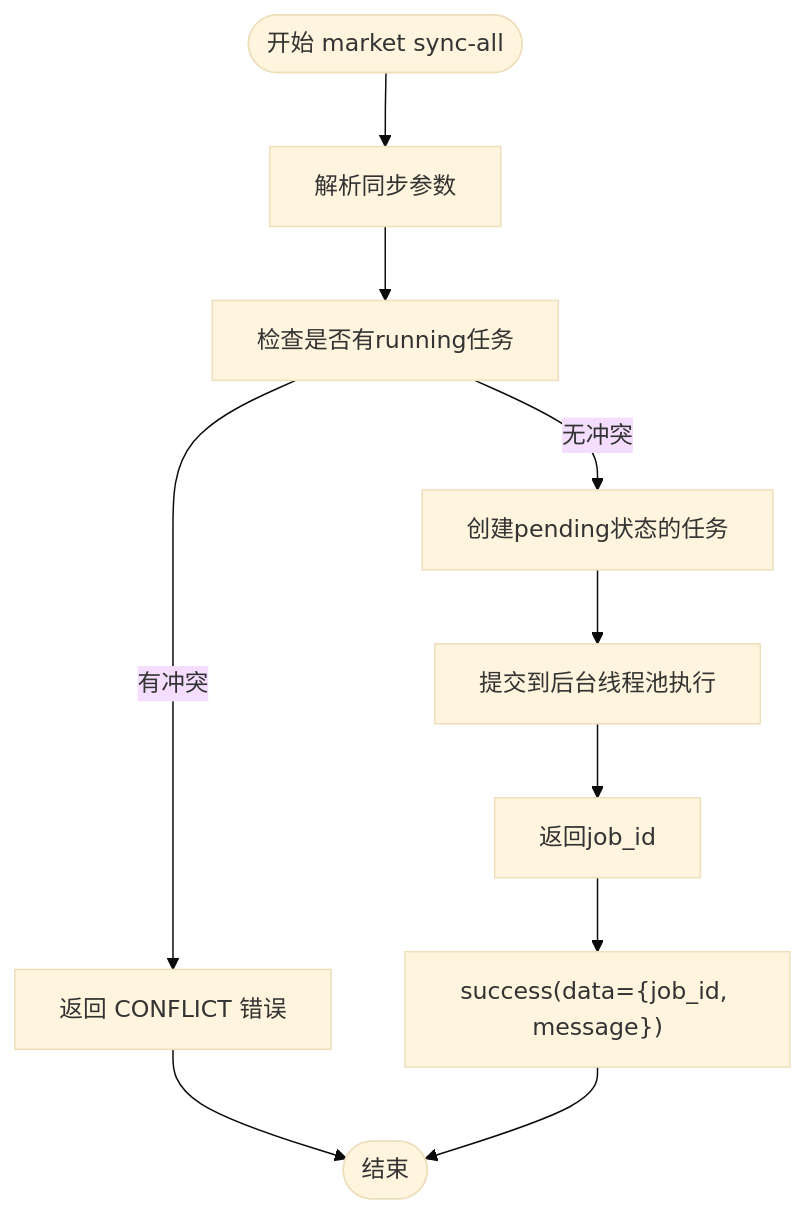
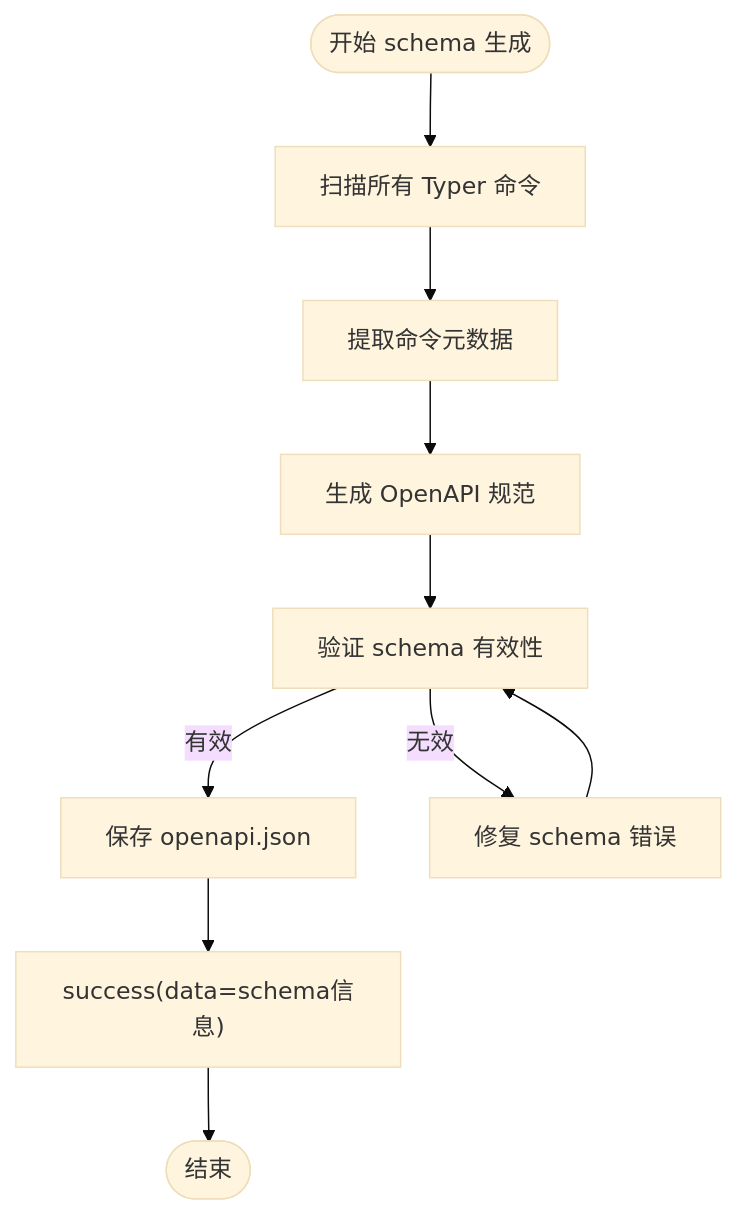
One commit to gujialind/InvestRing changed the third of 5 diagrams in .qoder/repowiki/zh/content/开发指南/InvestRing Admin CLI 工具.md. Above: the diagram before and after it, drawn with Mermaid (base theme). The commit also changed other lines of this file and 8 other files, not shown here.

````diff
--- a/.qoder/repowiki/zh/content/开发指南/InvestRing Admin CLI 工具.md
+++ b/.qoder/repowiki/zh/content/开发指南/InvestRing Admin CLI 工具.md
@@ -501,12 +174,12 @@
 ```mermaid
 flowchart TD
-Start(["开始 market sync-all"]) --> ParseParams["解析同步参数"]
-ParseParams --> CheckConflict["检查是否有running任务"]
-CheckConflict --> |有冲突| Conflict["返回 CONFLICT 错误"]
-CheckConflict --> |无冲突| CreateJob["创建pending状态的任务"]
-CreateJob --> SubmitTask["提交到后台线程池执行"]
-SubmitTask --> ReturnJobId["返回job_id"]
-ReturnJobId --> Success["success(data={job_id, message})"]
-Conflict --> End(["结束"])
-Success --> End
+Start(["开始 schema 生成"]) --> ScanCmds["扫描所有 Typer 命令"]
+ScanCmds --> ExtractInfo["提取命令元数据"]
+ExtractInfo --> GenerateSpec["生成 OpenAPI 规范"]
+GenerateSpec --> Validate["验证 schema 有效性"]
+Validate --> |有效| SaveFile["保存 openapi.json"]
+Validate --> |无效| FixErrors["修复 schema 错误"]
+FixErrors --> Validate
+SaveFile --> Success["success(data=schema信息)"]
+Success --> End(["结束"])
 ```
````
